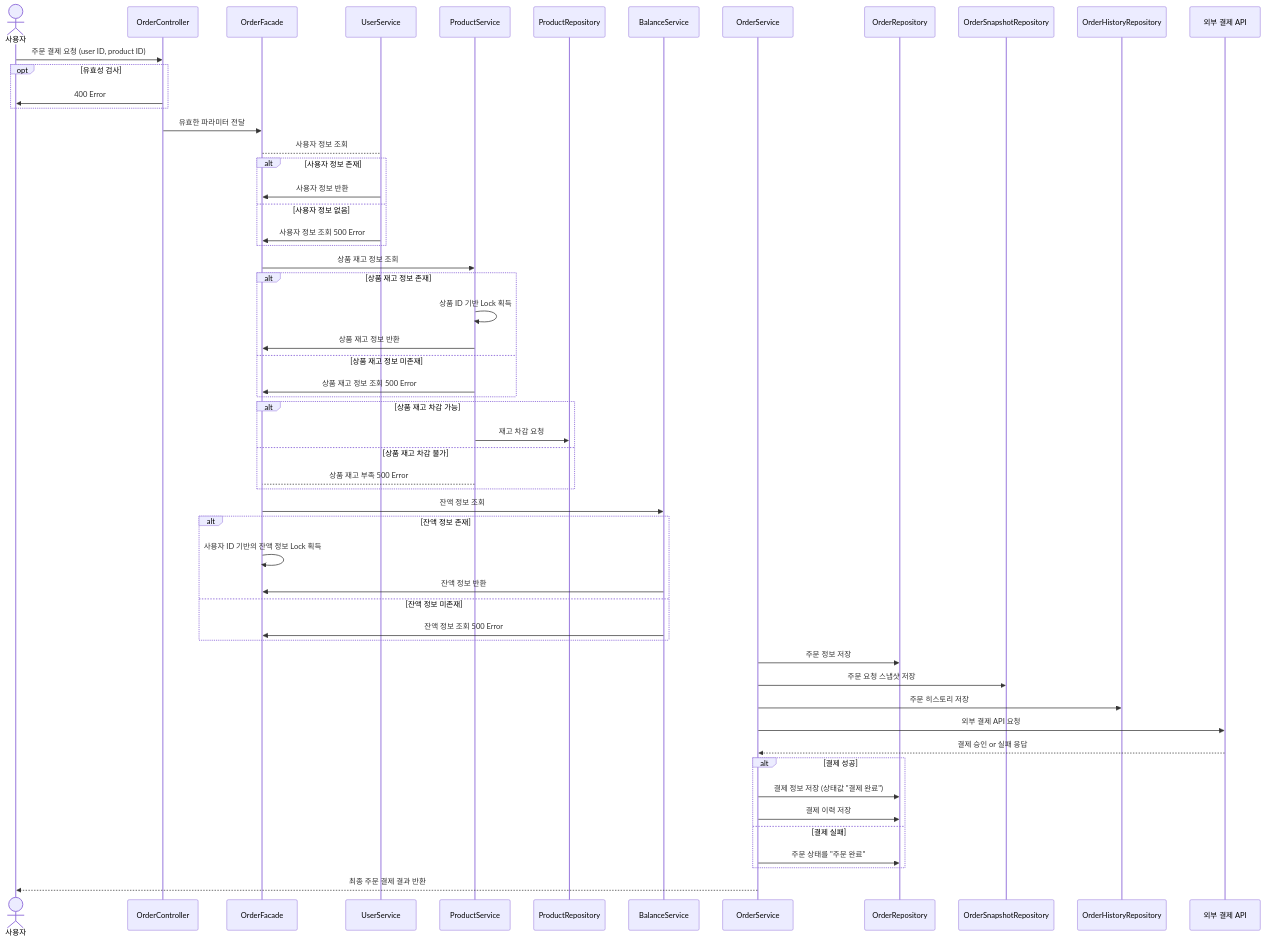
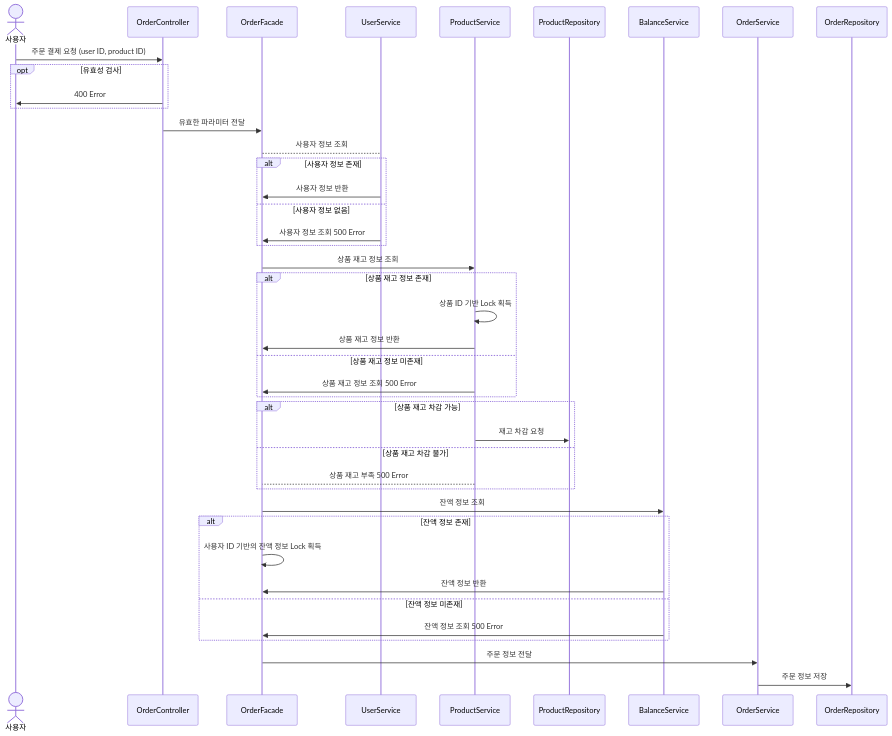
Before and after one commit to jaydenchuljinlee/hhplus-ecommerce: the seventh of 8 diagrams in src/main/resources/docs/SEQUANCE_DIAGRAM.md, drawn with Mermaid. The commit also changed other lines of this file, not shown here.

Commit message:
Updated: 시퀀스 다이어그램 수정

````diff
--- a/src/main/resources/docs/SEQUANCE_DIAGRAM.md
+++ b/src/main/resources/docs/SEQUANCE_DIAGRAM.md
@@ -104,61 +172,47 @@
 ```mermaid
 sequenceDiagram
     actor User as 사용자
     participant OrderController
     participant OrderFacade
     participant UserService
     participant ProductService
     participant ProductRepository
     participant BalanceService
     participant OrderService
 
     participant OrderRepository
-    participant OrderSnapshotRepository
-    participant OrderHistoryRepository
-    participant PaymentAPI as 외부 결제 API
 
     User->>OrderController: 주문 결제 요청 (user ID, product ID)
     opt 유효성 검사
         OrderController->>User: 400 Error
     end
     OrderController->>OrderFacade: 유효한 파라미터 전달
     OrderFacade-->UserService: 사용자 정보 조회
     alt 사용자 정보 존재
         UserService->>OrderFacade: 사용자 정보 반환
     else 사용자 정보 없음
         UserService->>OrderFacade: 사용자 정보 조회 500 Error
     end
     OrderFacade->>ProductService: 상품 재고 정보 조회
     alt 상품 재고 정보 존재
         ProductService->>ProductService: 상품 ID 기반 Lock 획득
         ProductService->>OrderFacade: 상품 재고 정보 반환
     else 상품 재고 정보 미존재
         ProductService->>OrderFacade: 상품 재고 정보 조회 500 Error
     end
     alt 상품 재고 차감 가능
         ProductService->>ProductRepository: 재고 차감 요청
     else 상품 재고 차감 불가
         ProductService --> OrderFacade: 상품 재고 부족 500 Error
     end
     OrderFacade->>BalanceService: 잔액 정보 조회
     alt 잔액 정보 존재
         OrderFacade->>OrderFacade: 사용자 ID 기반의 잔액 정보 Lock 획득
         BalanceService->>OrderFacade: 잔액 정보 반환
     else 잔액 정보 미존재
         BalanceService->>OrderFacade: 잔액 정보 조회 500 Error
     end
+    OrderFacade->>OrderService: 주문 정보 전달
     OrderService->>OrderRepository: 주문 정보 저장
-    OrderService->>OrderSnapshotRepository: 주문 요청 스냅샷 저장
-    OrderService->>OrderHistoryRepository: 주문 히스토리 저장
-
-    OrderService->>PaymentAPI: 외부 결제 API 요청
-    PaymentAPI-->>OrderService: 결제 승인 or 실패 응답
-    alt 결제 성공
-        OrderService->>OrderRepository: 결제 정보 저장 (상태값 "결제 완료")
-        OrderService->>OrderRepository: 결제 이력 저장
-    else 결제 실패
-        OrderService->>OrderRepository: 주문 상태를 "주문 완료"
-    end
-    OrderService-->>User: 최종 주문 결제 결과 반환
 
 ```
````
